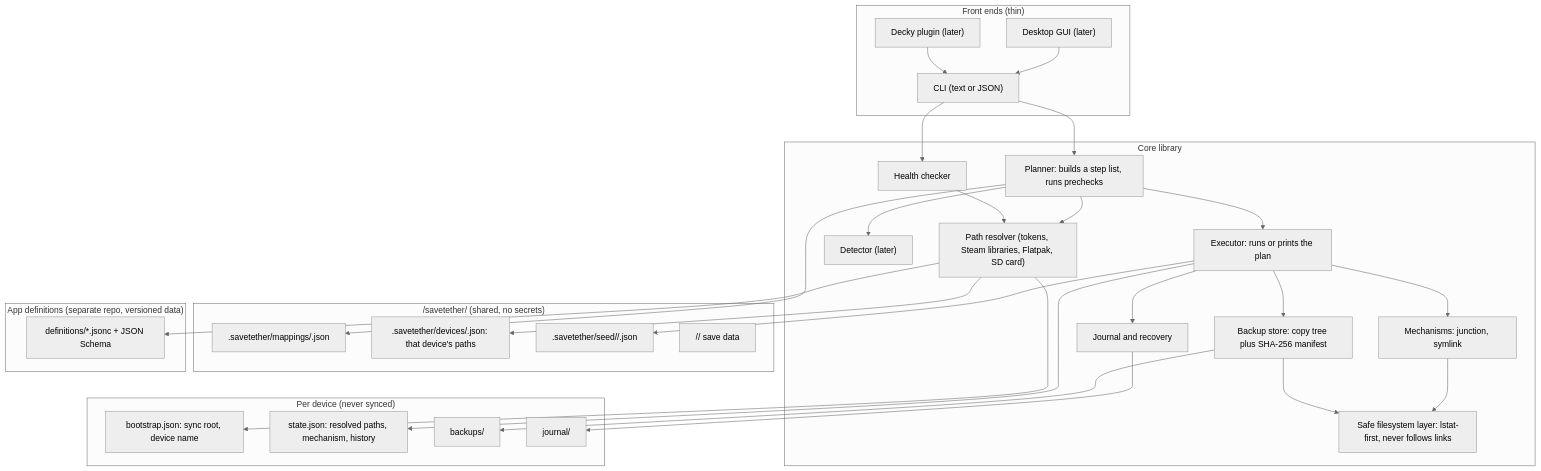
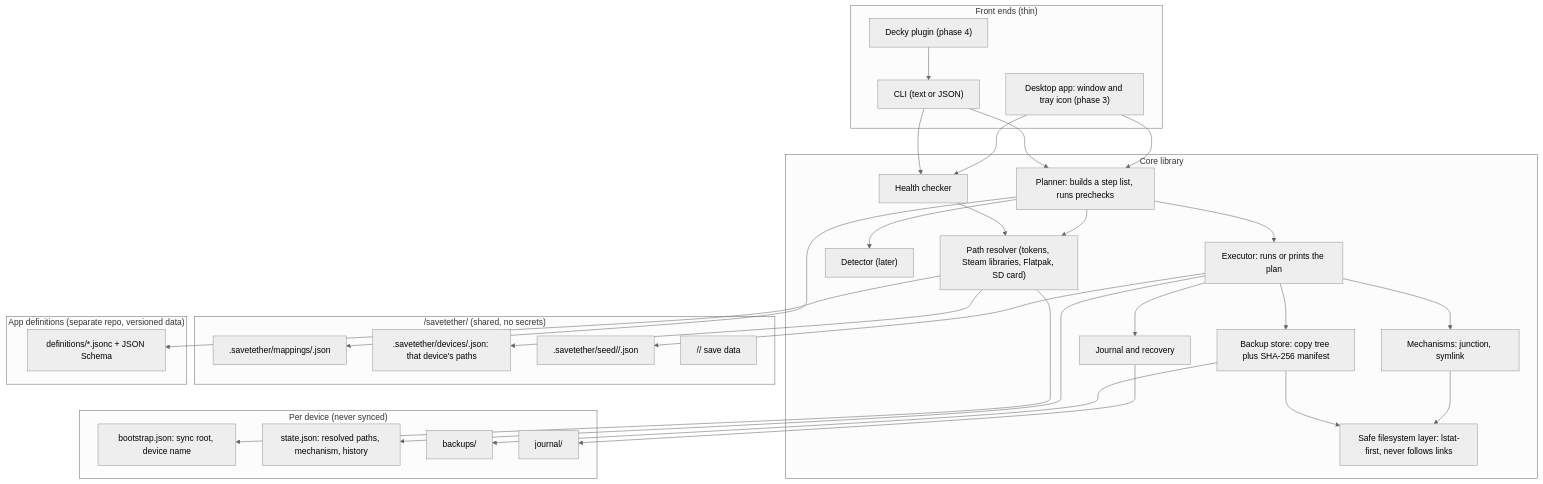
Before and after one commit to carlocgc/SaveTether: the first of 2 diagrams in docs/design/save-redirection-design.md, drawn with Mermaid (neutral theme). The commit also changed other lines of this file and 1 other file, not shown here.

First line of the commit message:
Set the direction: desktop app first, no snapshots, Decky status first

````diff
--- a/docs/design/save-redirection-design.md
+++ b/docs/design/save-redirection-design.md
@@ -218,57 +220,58 @@
 ```mermaid
 flowchart TB
   subgraph UI["Front ends (thin)"]
     CLI["CLI (text or JSON)"]
-    GUI["Desktop GUI (later)"]
-    DECKY["Decky plugin (later)"]
+    GUI["Desktop app: window and tray icon (phase 3)"]
+    DECKY["Decky plugin (phase 4)"]
   end
-  GUI --> CLI
+  GUI --> PLAN
+  GUI --> HEALTH
   DECKY --> CLI
 
   subgraph CORE["Core library"]
     RES["Path resolver (tokens, Steam libraries, Flatpak, SD card)"]
     DET["Detector (later)"]
     PLAN["Planner: builds a step list, runs prechecks"]
     EXEC["Executor: runs or prints the plan"]
     HEALTH["Health checker"]
     SAFEFS["Safe filesystem layer: lstat-first, never follows links"]
     MECH["Mechanisms: junction, symlink"]
     BK["Backup store: copy tree plus SHA-256 manifest"]
     JR["Journal and recovery"]
   end
   CLI --> PLAN
   CLI --> HEALTH
   PLAN --> RES
   PLAN --> DET
   PLAN --> EXEC
   EXEC --> MECH
   EXEC --> BK
   EXEC --> JR
   MECH --> SAFEFS
   BK --> SAFEFS
   HEALTH --> RES
 
   subgraph SHARED["<sync root>/savetether/ (shared, no secrets)"]
     MAP[".savetether/mappings/<mapping>.json"]
     DEV[".savetether/devices/<device>.json: that device's paths"]
     SEED[".savetether/seed/<mapping>/<device>.json"]
     DATA["<app>/<save folder>/ save data"]
   end
   subgraph LOCAL["Per device (never synced)"]
     BOOT["bootstrap.json: sync root, device name"]
     STATE["state.json: resolved paths, mechanism, history"]
     BACK["backups/"]
     JOUR["journal/"]
   end
   subgraph DEFS["App definitions (separate repo, versioned data)"]
     D1["definitions/*.jsonc + JSON Schema"]
   end
   RES --> BOOT
   RES --> DEV
   RES --> D1
   PLAN --> MAP
   EXEC --> STATE
   BK --> BACK
   JR --> JOUR
   EXEC --> SEED
 ```
````
